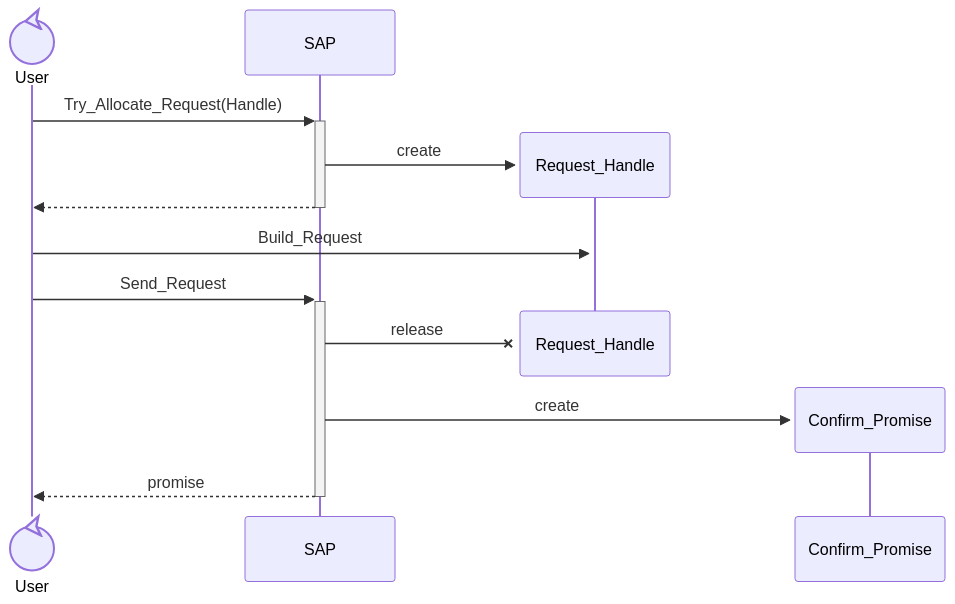
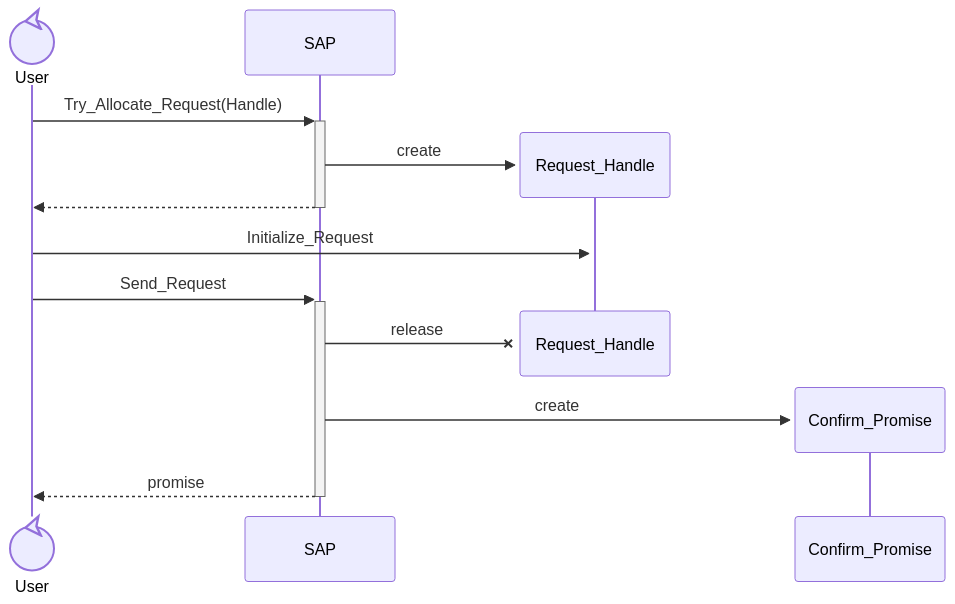
The fourth of 6 diagrams in README.md (damaki/libsap), drawn with Mermaid before and after one commit. The commit also changed other lines of this file and 19 other files, not shown here.

````diff
--- a/README.md
+++ b/README.md
@@ -387,19 +387,19 @@
 ```mermaid
 sequenceDiagram
     participant User@{ "type": "control" }
     participant SAP as SAP
 
     User->>+SAP: Try_Allocate_Request(Handle)
     create participant RH as Request_Handle
     SAP->>RH: create
     SAP-->>-User:
 
-    User->>+RH: Build_Request
+    User->>+RH: Initialize_Request
 
     User->>+SAP: Send_Request
     destroy RH
     SAP-xRH: release
     create participant CP as Confirm_Promise
     SAP->>CP: create
     SAP-->>-User: promise
 ```
````
